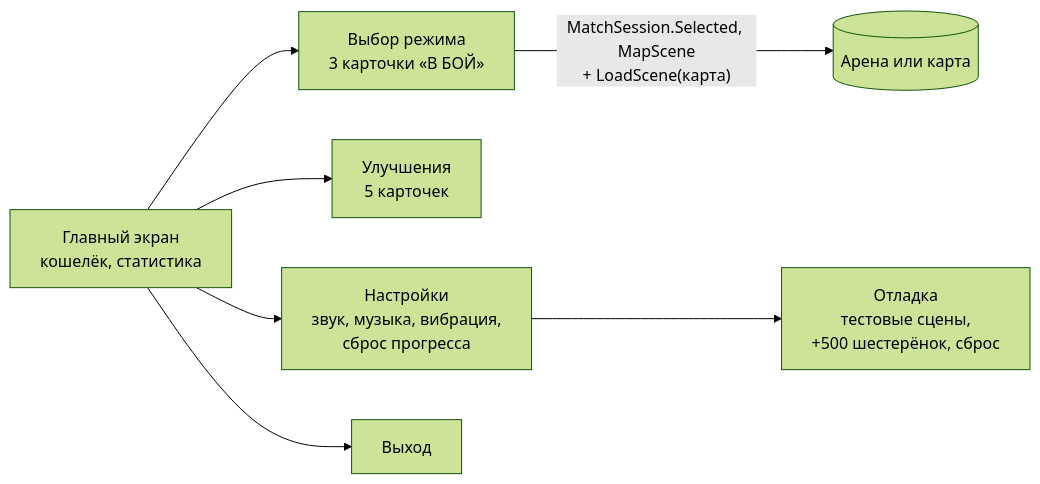
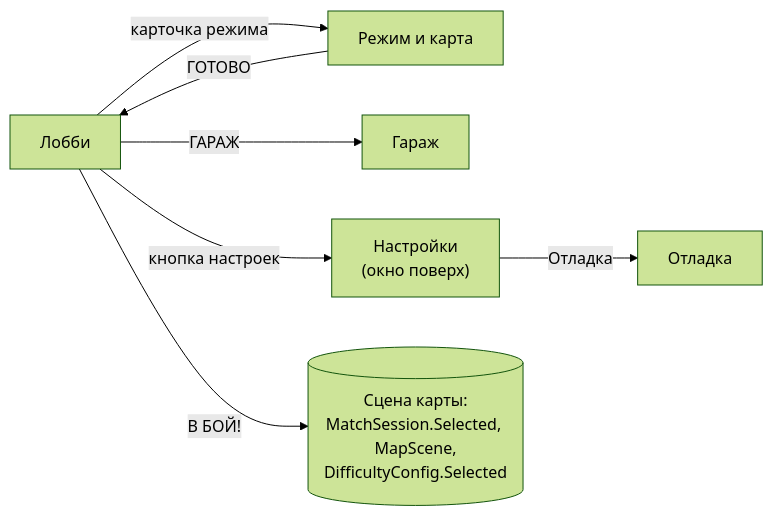
The diagram in Documentation/articles/ui.md (niikage7/burmalda-gamejam), drawn with Mermaid (forest theme) before and after one commit. The commit also changed other lines of this file and 67 other files, not shown here.

First line of the commit message:
[docs] документация для всех: пошаговый первый бой, меню, усиления, карты, боты и сложность; картинки и места под скриншоты

````diff
--- a/Documentation/articles/ui.md
+++ b/Documentation/articles/ui.md
@@ -16,9 +17,9 @@
 ```mermaid
 flowchart LR
-    Main["Главный экран<br/>кошелёк, статистика"] --> Modes["Выбор режима<br/>3 карточки «В БОЙ»"]
-    Main --> Upg["Улучшения<br/>5 карточек"]
-    Main --> Set["Настройки<br/>звук, музыка, вибрация,<br/>сброс прогресса"]
-    Main --> Quit[Выход]
-    Set --> Dbg["Отладка<br/>тестовые сцены,<br/>+500 шестерёнок, сброс"]
-    Modes -- "MatchSession.Selected, MapScene<br/>+ LoadScene(карта)" --> Arena[(Арена или карта)]
+    L["Лобби"] -- "карточка режима" --> M["Режим и карта"]
+    M -- "ГОТОВО" --> L
+    L -- "ГАРАЖ" --> G["Гараж"]
+    L -- "кнопка настроек" --> S["Настройки<br/>(окно поверх)"]
+    S -- "Отладка" --> D["Отладка"]
+    L -- "В БОЙ!" --> Arena[("Сцена карты:<br/>MatchSession.Selected, MapScene,<br/>DifficultyConfig.Selected")]
 ```
````
